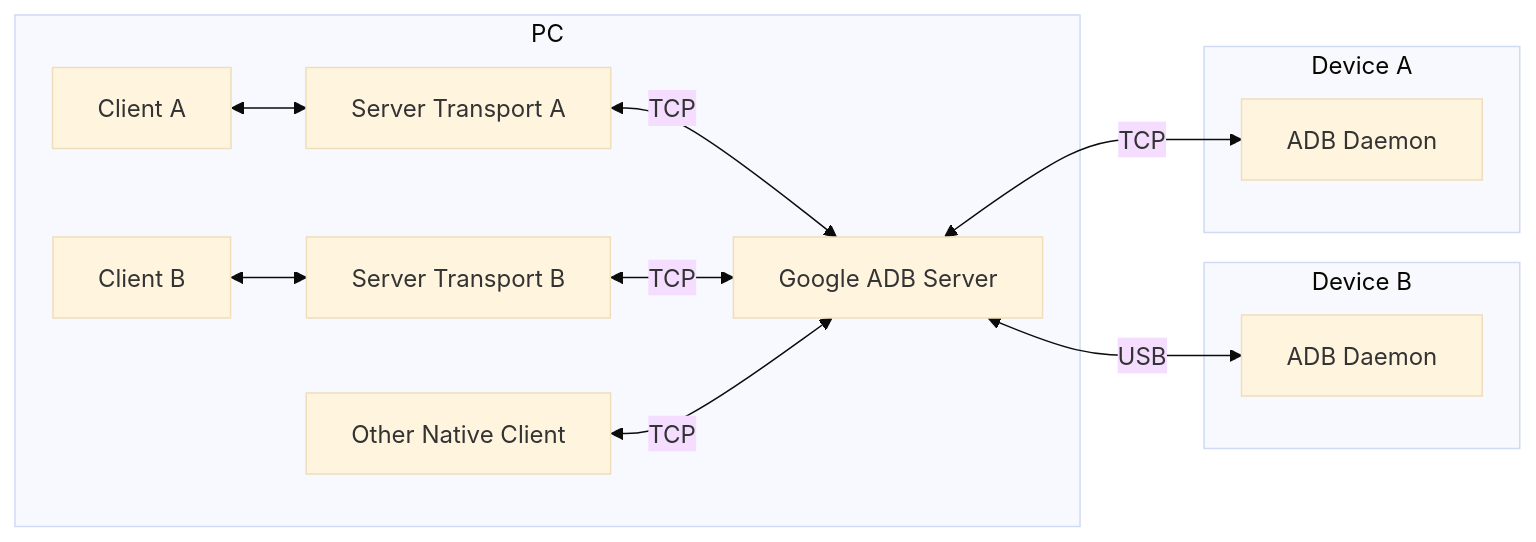
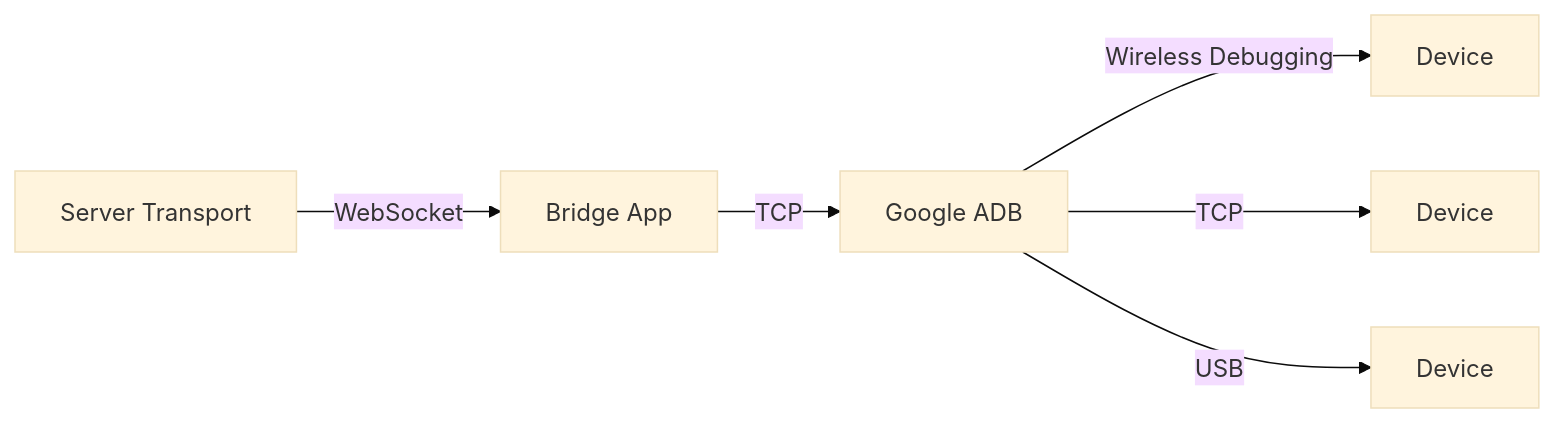
One commit to tango-adb/docs changed the fourth of 13 diagrams in docs/tango/index.mdx. Above: the diagram before and after it, drawn with Mermaid (base theme). The commit also changed other lines of this file and 6 other files, not shown here.

````diff
--- a/docs/tango/index.mdx
+++ b/docs/tango/index.mdx
@@ -150,15 +109,6 @@
 ```mermaid
 flowchart LR
-    subgraph PC
-    CA["Client A"] <--> TA["Server Transport A"]
-    CB["Client B"] <--> TB["Server Transport B"]
-    TA & TB <-->|TCP| S["Google ADB Server"]
-    CC["Other Native Client"] <-->|TCP| S
-    end
-    subgraph A["Device B"]
-        S <-->|USB| AD["ADB Daemon"]
-    end
-    subgraph B["Device A"]
-        S <-->|TCP| BD["ADB Daemon"]
-    end
+    T["Server Transport"] -- WebSocket --> B["Bridge App"] -- TCP --> G["Google ADB"] -- Wireless Debugging --> DA["Device"]
+    G["Google ADB"] -- TCP --> DB["Device"]
+    G["Google ADB"] -- USB --> DC["Device"]
 ```
````
